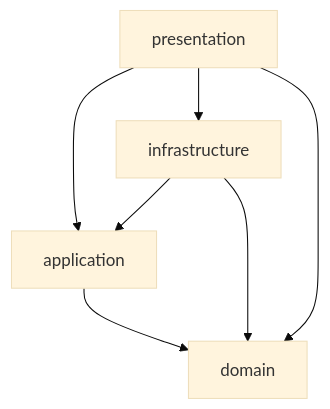
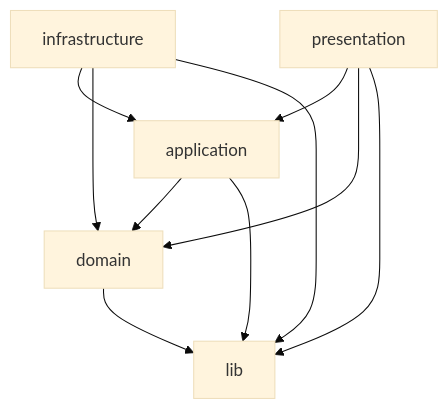
One commit to makeUgreat/nocap changed the diagram in docs/architecture.md. Above: the diagram before and after it, drawn with Mermaid (base theme). The commit also changed other lines of this file and 9 other files, not shown here.

````diff
--- a/docs/architecture.md
+++ b/docs/architecture.md
@@ -34,9 +45,12 @@
 ```mermaid
 flowchart TD
-  presentation --> infrastructure
   presentation --> application
   infrastructure --> application
   application --> domain
   infrastructure --> domain
   presentation --> domain
+  domain --> lib
+  application --> lib
+  infrastructure --> lib
+  presentation --> lib
 ```
````
